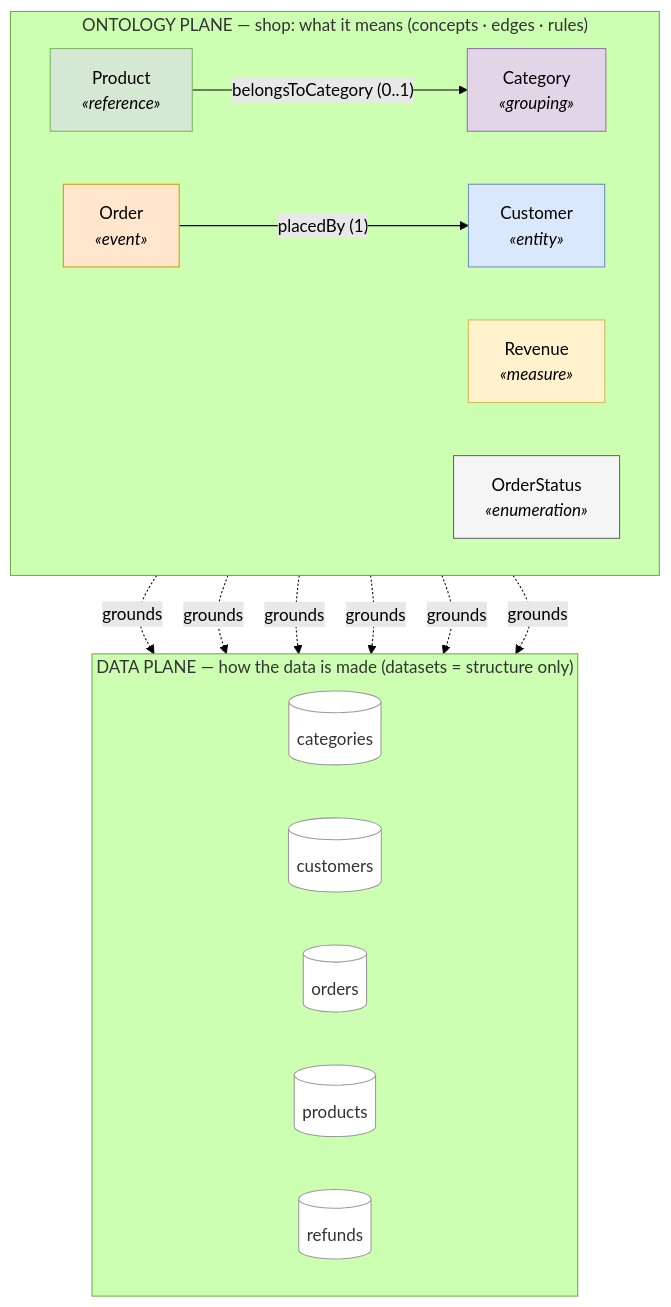
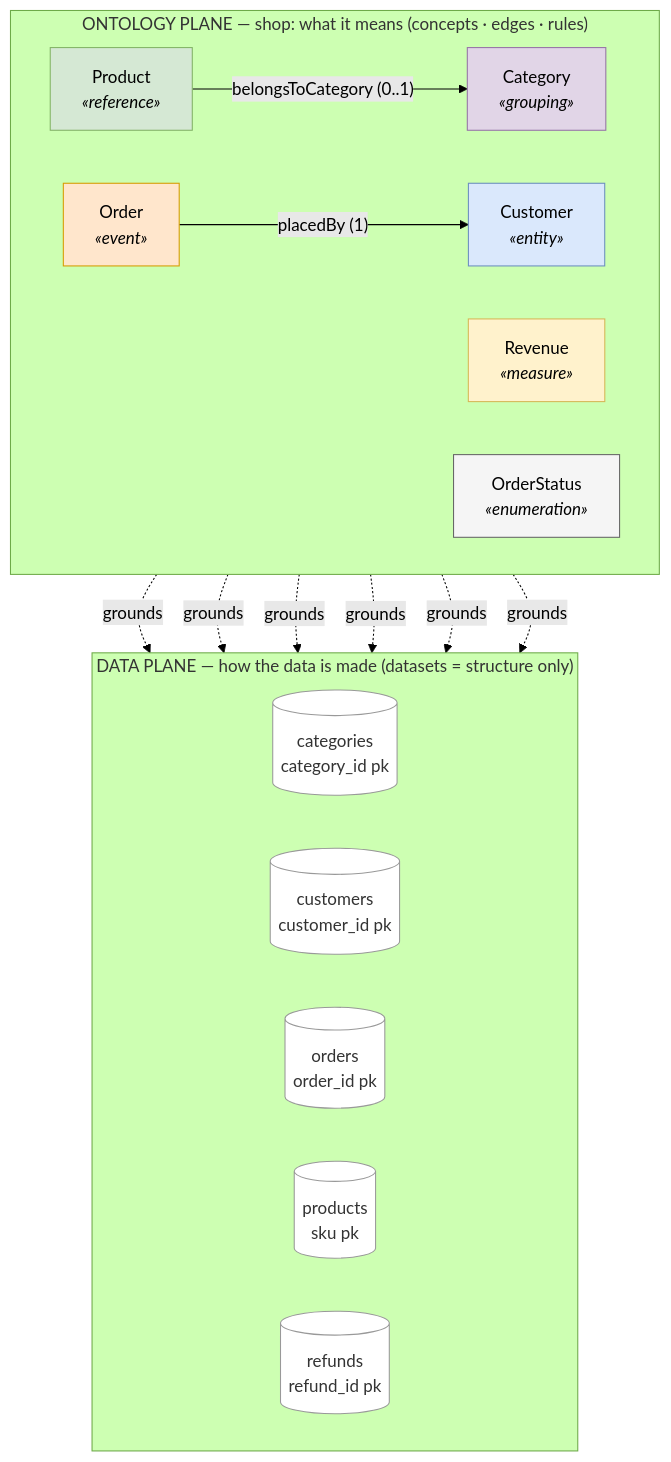
The diagram in example_shop_ontology/projections/shop.mmd (d6z7/meaning-as-code), drawn with Mermaid (forest theme) before and after one commit. The commit also changed 6 other files, not shown here.

First line of the commit message:
feat: Mermaid ER diagrams (mac_to_mermaid --er) for both examples; fix descriptor-columns bug

```diff
--- a/example_shop_ontology/projections/shop.mmd
+++ b/example_shop_ontology/projections/shop.mmd
@@ -1,41 +1,41 @@
 %%{init: {"flowchart": {"curve": "basis"}}}%%
 flowchart TB
   subgraph ONT["ONTOLOGY PLANE — shop: what it means (concepts · edges · rules)"]
     direction LR
     Category["Category<br/><i>«grouping»</i>"]
     Product["Product<br/><i>«reference»</i>"]
     Customer["Customer<br/><i>«entity»</i>"]
     Revenue["Revenue<br/><i>«measure»</i>"]
     Order["Order<br/><i>«event»</i>"]
     OrderStatus["OrderStatus<br/><i>«enumeration»</i>"]
     Order -->|"placedBy (1)"| Customer
     Product -->|"belongsToCategory (0..1)"| Category
   end
   subgraph DATA["DATA PLANE — how the data is made (datasets = structure only)"]
     direction LR
-    t_categories[("categories")]
-    t_customers[("customers")]
-    t_orders[("orders")]
-    t_products[("products")]
-    t_refunds[("refunds")]
+    t_categories[("categories<br/>category_id pk")]
+    t_customers[("customers<br/>customer_id pk")]
+    t_orders[("orders<br/>order_id pk")]
+    t_products[("products<br/>sku pk")]
+    t_refunds[("refunds<br/>refund_id pk")]
   end
   Category -. grounds .-> t_categories
   Product -. grounds .-> t_products
   Customer -. grounds .-> t_customers
   Revenue -. grounds .-> t_orders
   Order -. grounds .-> t_orders
   OrderStatus -. grounds .-> t_orders
   classDef entity fill:#dae8fc,stroke:#6c8ebf,color:#000;
   classDef event fill:#ffe6cc,stroke:#d79b00,color:#000;
   classDef reference fill:#d5e8d4,stroke:#82b366,color:#000;
   classDef grouping fill:#e1d5e7,stroke:#9673a6,color:#000;
   classDef measure fill:#fff2cc,stroke:#d6b656,color:#000;
   classDef enumeration fill:#f5f5f5,stroke:#666,color:#000;
   classDef dataset fill:#ffffff,stroke:#999,color:#333;
   class Category grouping;
   class Product reference;
   class Customer entity;
   class Revenue measure;
   class Order event;
   class OrderStatus enumeration;
   class t_categories,t_customers,t_orders,t_products,t_refunds dataset;
```
